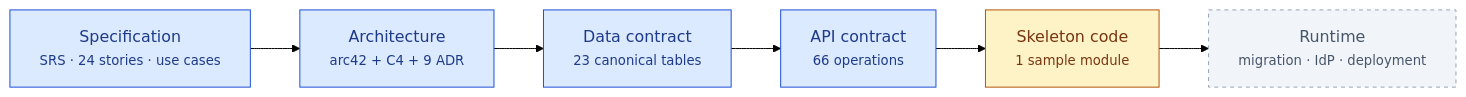
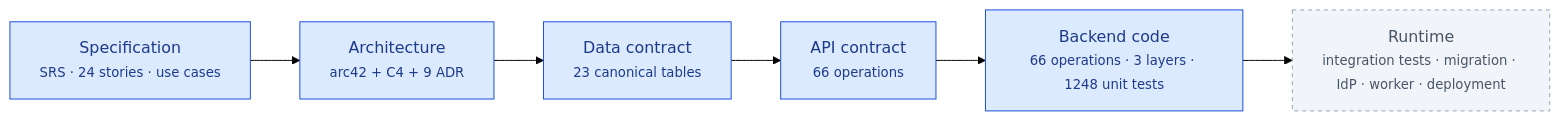
Before and after one commit to nvdat16/QLNS: the first of 8 diagrams in README.md, drawn with Mermaid (forest theme). The commit also changed other lines of this file and 8 other files, not shown here.

````diff
--- a/README.md
+++ b/README.md
@@ -18,18 +19,17 @@
 ```mermaid
 flowchart LR
     S["Specification<br/><small>SRS · 24 stories · use cases</small>"]
     A["Architecture<br/><small>arc42 + C4 + 9 ADR</small>"]
     D["Data contract<br/><small>23 canonical tables</small>"]
     C["API contract<br/><small>66 operations</small>"]
-    K["Skeleton code<br/><small>1 sample module</small>"]
-    R["Runtime<br/><small>migration · IdP · deployment</small>"]
+    K["Backend code<br/><small>66 operations · 3 layers · 1248 unit tests</small>"]
+    R["Runtime<br/><small>integration tests · migration · IdP · worker · deployment</small>"]
 
     S --> A --> D --> C --> K --> R
 
     classDef done fill:#dbeafe,stroke:#1d4ed8,color:#1e3a8a
     classDef partial fill:#fef3c7,stroke:#b45309,color:#78350f
     classDef todo fill:#f1f5f9,stroke:#94a3b8,color:#475569,stroke-dasharray: 4 4
-    class S,A,D,C done
-    class K partial
+    class S,A,D,C,K done
     class R todo
 ```
````
